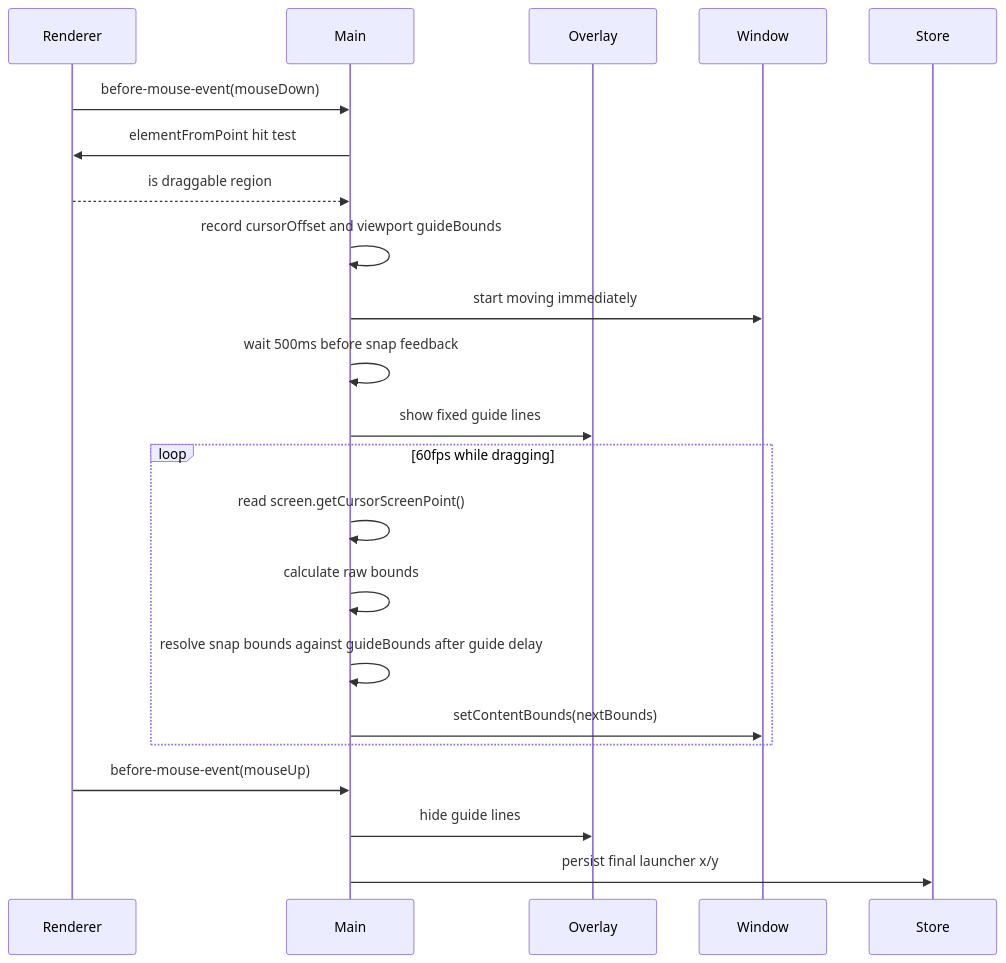
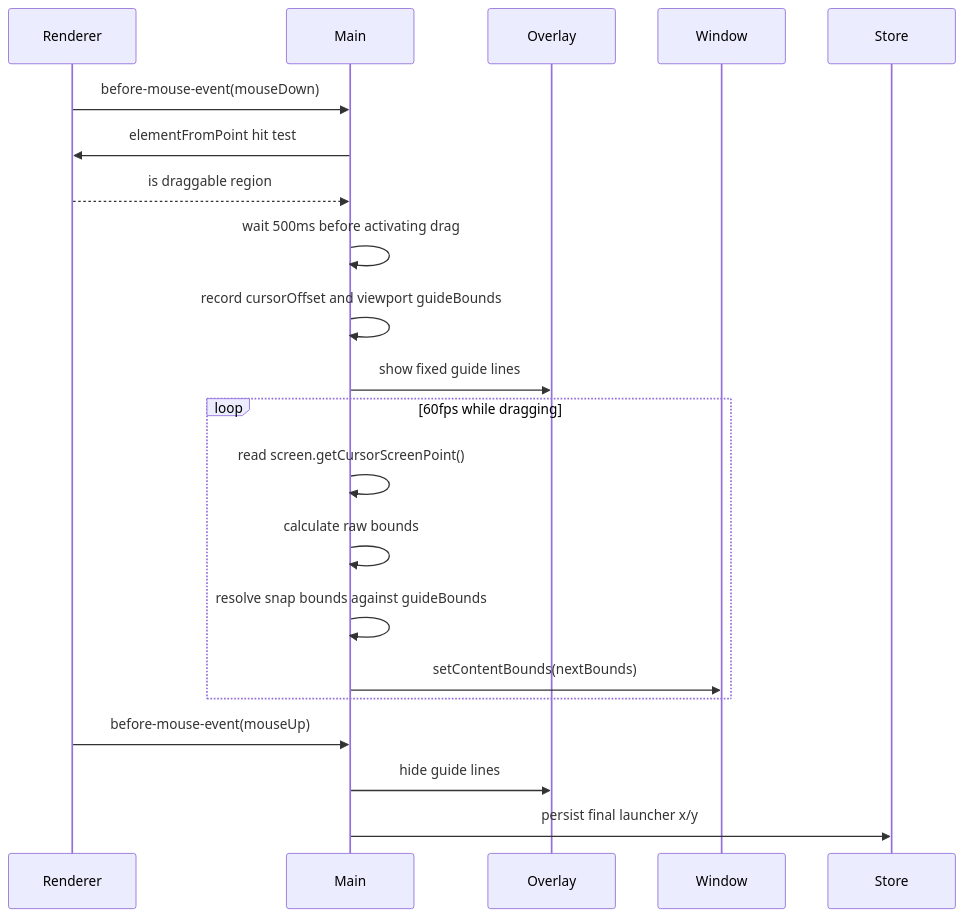
One commit to JunJD/Jingle changed the diagram in docs/launcher-window-snap-overlay-architecture-cn.md. Above: the diagram before and after it, drawn with Mermaid. The commit also changed other lines of this file and 1 other file, not shown here.

````diff
--- a/docs/launcher-window-snap-overlay-architecture-cn.md
+++ b/docs/launcher-window-snap-overlay-architecture-cn.md
@@ -133,27 +133,26 @@
 ```mermaid
 sequenceDiagram
   participant Renderer
   participant Main
   participant Overlay
   participant Window
   participant Store
 
   Renderer->>Main: before-mouse-event(mouseDown)
   Main->>Renderer: elementFromPoint hit test
   Renderer-->>Main: is draggable region
+  Main->>Main: wait 500ms before activating drag
   Main->>Main: record cursorOffset and viewport guideBounds
-  Main->>Window: start moving immediately
-  Main->>Main: wait 500ms before snap feedback
   Main->>Overlay: show fixed guide lines
 
   loop 60fps while dragging
     Main->>Main: read screen.getCursorScreenPoint()
     Main->>Main: calculate raw bounds
-    Main->>Main: resolve snap bounds against guideBounds after guide delay
+    Main->>Main: resolve snap bounds against guideBounds
     Main->>Window: setContentBounds(nextBounds)
   end
 
   Renderer->>Main: before-mouse-event(mouseUp)
   Main->>Overlay: hide guide lines
   Main->>Store: persist final launcher x/y
 ```
````
